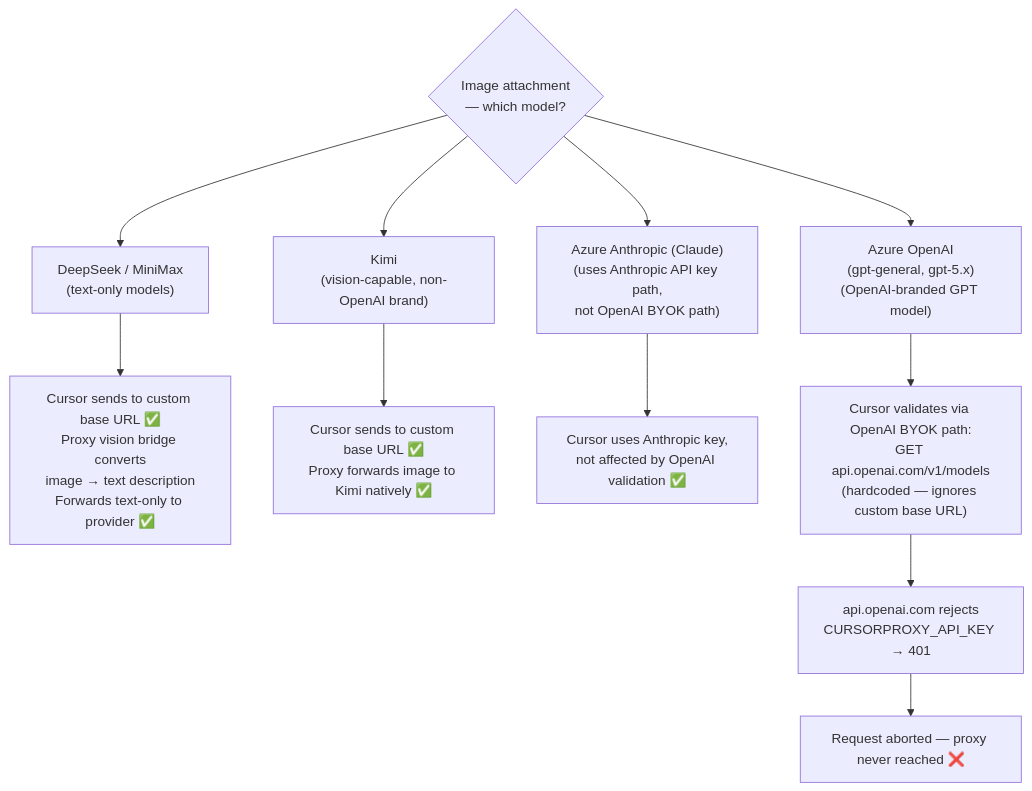
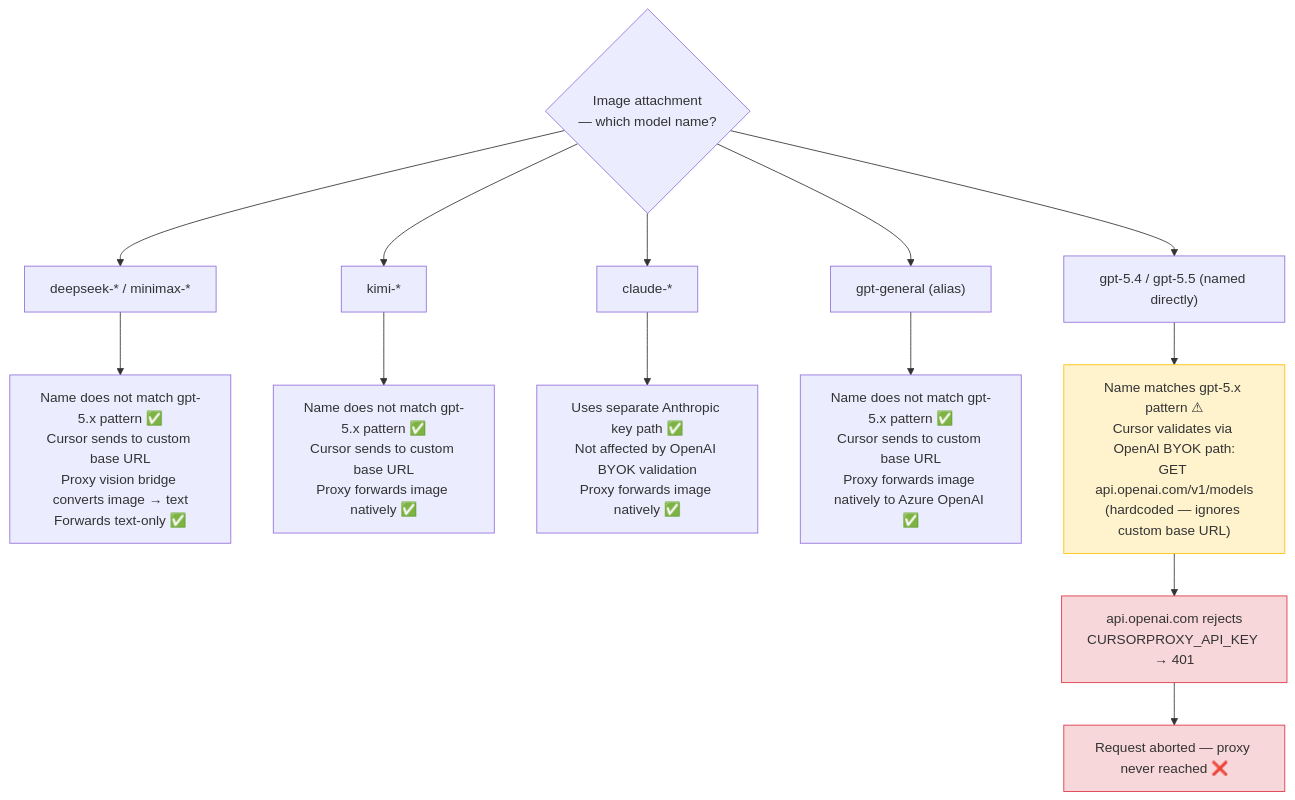
The third of 3 diagrams in doc/known-issues.md (lqdflying/cursorProxy), drawn with Mermaid before and after one commit. The commit also changed other lines of this file and 1 other file, not shown here.

First line of the commit message:
docs: correct vision bug scope — gpt-general works, only gpt-5.x named directly broken

````diff
--- a/doc/known-issues.md
+++ b/doc/known-issues.md
@@ -145,23 +153,31 @@
 ```mermaid
 flowchart TD
-    IMG{"Image attachment\n— which model?"}
+    IMG{"Image attachment\n— which model name?"}
 
-    DS_MM["DeepSeek / MiniMax\n(text-only models)"]
-    DS_PATH["Cursor sends to custom base URL ✅\nProxy vision bridge converts\nimage → text description\nForwards text-only to provider ✅"]
+    DS_MM["deepseek-* / minimax-*"]
+    DS_PATH["Name does not match gpt-5.x pattern ✅\nCursor sends to custom base URL\nProxy vision bridge converts image → text\nForwards text-only ✅"]
 
-    KIMI["Kimi\n(vision-capable, non-OpenAI brand)"]
-    KIMI_PATH["Cursor sends to custom base URL ✅\nProxy forwards image to Kimi natively ✅"]
+    KIMI["kimi-*"]
+    KIMI_PATH["Name does not match gpt-5.x pattern ✅\nCursor sends to custom base URL\nProxy forwards image natively ✅"]
 
-    AA["Azure Anthropic (Claude)\n(uses Anthropic API key path,\nnot OpenAI BYOK path)"]
-    AA_PATH["Cursor uses Anthropic key,\nnot affected by OpenAI validation ✅"]
+    AA["claude-*"]
+    AA_PATH["Uses separate Anthropic key path ✅\nNot affected by OpenAI BYOK validation\nProxy forwards image natively ✅"]
 
-    AO["Azure OpenAI\n(gpt-general, gpt-5.x)\n(OpenAI-branded GPT model)"]
-    IMG_VAL["Cursor validates via OpenAI BYOK path:\nGET api.openai.com/v1/models\n(hardcoded — ignores custom base URL)"]
+    GG["gpt-general (alias)"]
+    GG_PATH["Name does not match gpt-5.x pattern ✅\nCursor sends to custom base URL\nProxy forwards image natively to Azure OpenAI ✅"]
+
+    AO["gpt-5.4 / gpt-5.5 (named directly)"]
+    IMG_VAL["Name matches gpt-5.x pattern ⚠\nCursor validates via OpenAI BYOK path:\nGET api.openai.com/v1/models\n(hardcoded — ignores custom base URL)"]
     IMG_FAIL["api.openai.com rejects\nCURSORPROXY_API_KEY → 401"]
     IMG_ABORT["Request aborted — proxy never reached ❌"]
 
     IMG --> DS_MM --> DS_PATH
     IMG --> KIMI --> KIMI_PATH
     IMG --> AA --> AA_PATH
+    IMG --> GG --> GG_PATH
     IMG --> AO --> IMG_VAL --> IMG_FAIL --> IMG_ABORT
+
+    style IMG_VAL fill:#fff3cd,stroke:#ffc107
+    style IMG_FAIL fill:#f8d7da,stroke:#dc3545
+    style IMG_ABORT fill:#f8d7da,stroke:#dc3545
 ```
````
